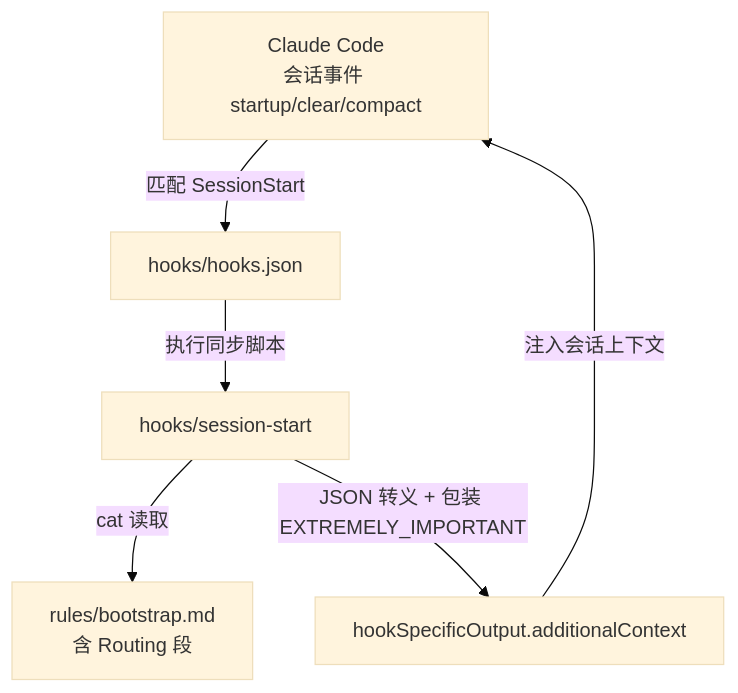
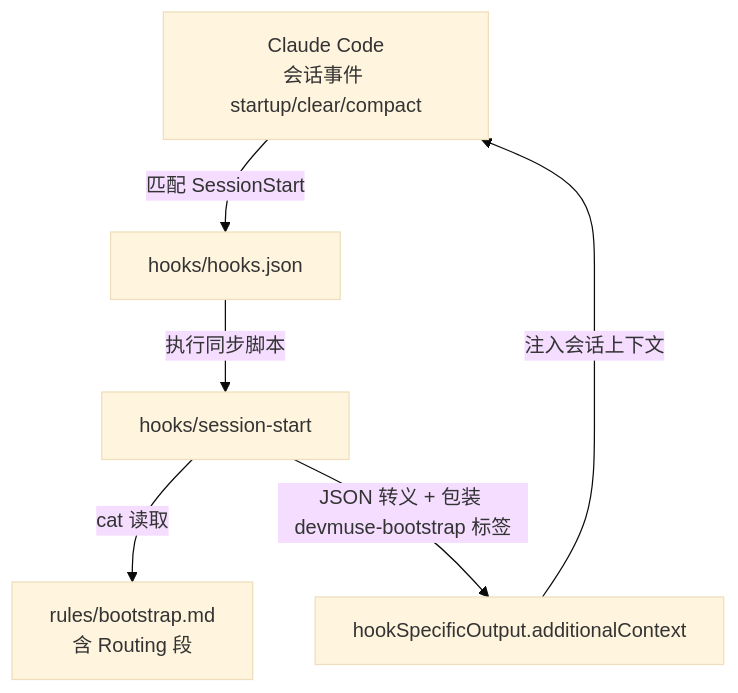
One commit to knotmark-ai/devmuse changed the first of 2 diagrams in docs/wiki/four-layer-architecture.md. Above: the diagram before and after it, drawn with Mermaid (base theme). The commit also changed other lines of this file and 6 other files, not shown here.

````diff
--- a/docs/wiki/four-layer-architecture.md
+++ b/docs/wiki/four-layer-architecture.md
@@ -73,8 +73,8 @@
 ```mermaid
 graph TD
     CC[Claude Code<br/>会话事件 startup/clear/compact] -->|匹配 SessionStart| HJ[hooks/hooks.json]
     HJ -->|执行同步脚本| SS[hooks/session-start]
     SS -->|cat 读取| BS[rules/bootstrap.md<br/>含 Routing 段]
-    SS -->|JSON 转义 + 包装 EXTREMELY_IMPORTANT| OUT[hookSpecificOutput.additionalContext]
+    SS -->|JSON 转义 + 包装 devmuse-bootstrap 标签| OUT[hookSpecificOutput.additionalContext]
     OUT -->|注入会话上下文| CC
 ```
````
